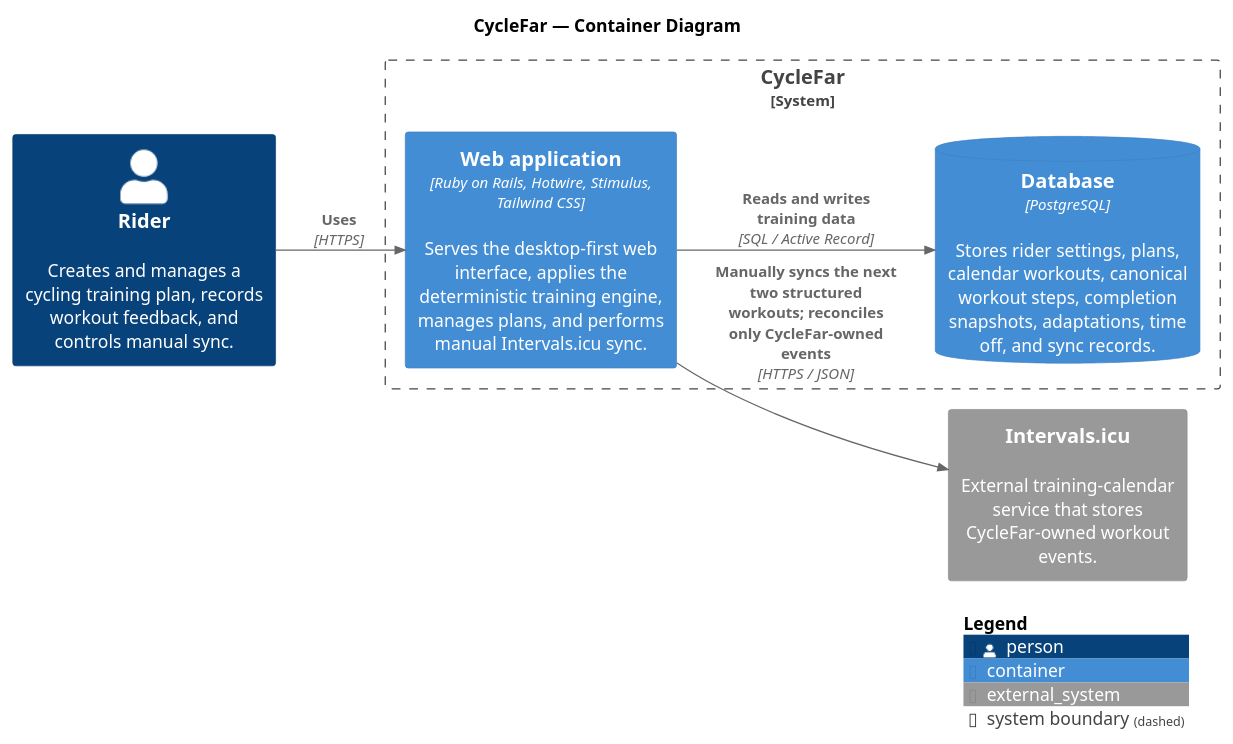
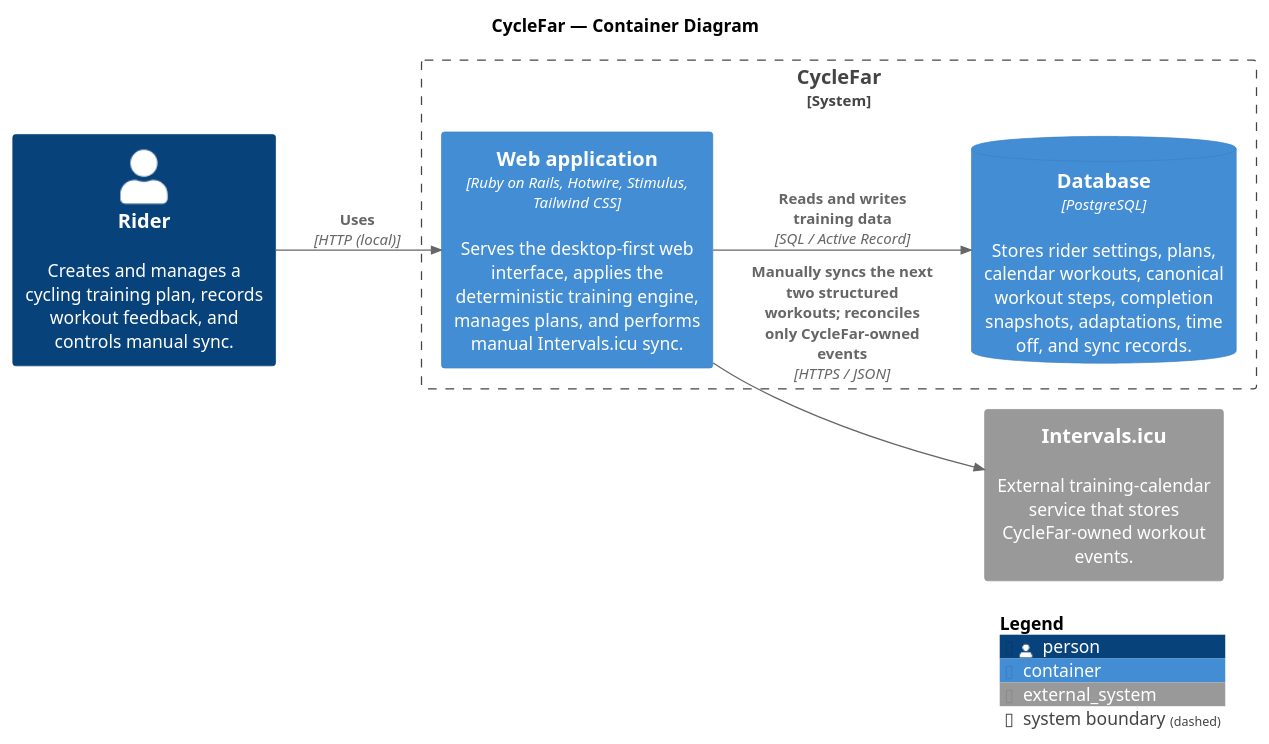
One commit to richardhartme/cyclefar changed the diagram in docs/diagrams/cyclefar-container.puml. Above: the diagram before and after it, drawn with PlantUML. The commit also changed 18 other files, not shown here.

```diff
--- a/docs/diagrams/cyclefar-container.puml
+++ b/docs/diagrams/cyclefar-container.puml
@@ -1,22 +1,22 @@
 @startuml CycleFar Container Diagram
 !include https://raw.githubusercontent.com/plantuml-stdlib/C4-PlantUML/master/C4_Container.puml
 
 title CycleFar — Container Diagram
 
 LAYOUT_LEFT_RIGHT()
 
 Person(rider, "Rider", "Creates and manages a cycling training plan, records workout feedback, and controls manual sync.")
 
 System_Boundary(cyclefar_boundary, "CycleFar") {
   Container(web_application, "Web application", "Ruby on Rails, Hotwire, Stimulus, Tailwind CSS", "Serves the desktop-first web interface, applies the deterministic training engine, manages plans, and performs manual Intervals.icu sync.")
   ContainerDb(database, "Database", "PostgreSQL", "Stores rider settings, plans, calendar workouts, canonical workout steps, completion snapshots, adaptations, time off, and sync records.")
 }
 
 System_Ext(intervals_icu, "Intervals.icu", "External training-calendar service that stores CycleFar-owned workout events.")
 
-Rel(rider, web_application, "Uses", "HTTPS")
+Rel(rider, web_application, "Uses", "HTTP (local)")
 Rel(web_application, database, "Reads and writes training data", "SQL / Active Record")
 Rel(web_application, intervals_icu, "Manually syncs the next two structured workouts; reconciles only CycleFar-owned events", "HTTPS / JSON")
 
 SHOW_LEGEND()
 @enduml
```
